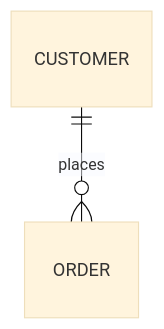
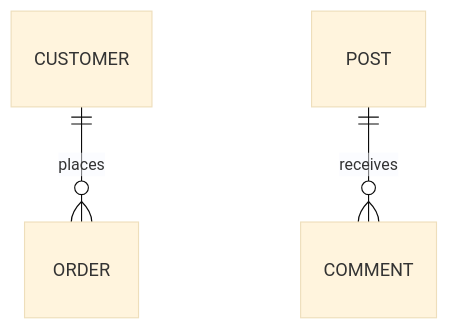
One commit to kamallearner123/software-engineering-placement-kit changed the second of 6 diagrams in 05_RDBMS/RDBMS_Ultimate_Mastery_Guide.md. Above: the diagram before and after it, drawn with Mermaid (base theme). The commit also changed other lines of this file, not shown here.

Commit message:
adding ER diagras

````diff
--- a/05_RDBMS/RDBMS_Ultimate_Mastery_Guide.md
+++ b/05_RDBMS/RDBMS_Ultimate_Mastery_Guide.md
@@ -102,4 +105,5 @@
 ```mermaid
 erDiagram
     CUSTOMER ||--o{ ORDER : "places"
+    POST ||--o{ COMMENT : "receives"
 ```
````
